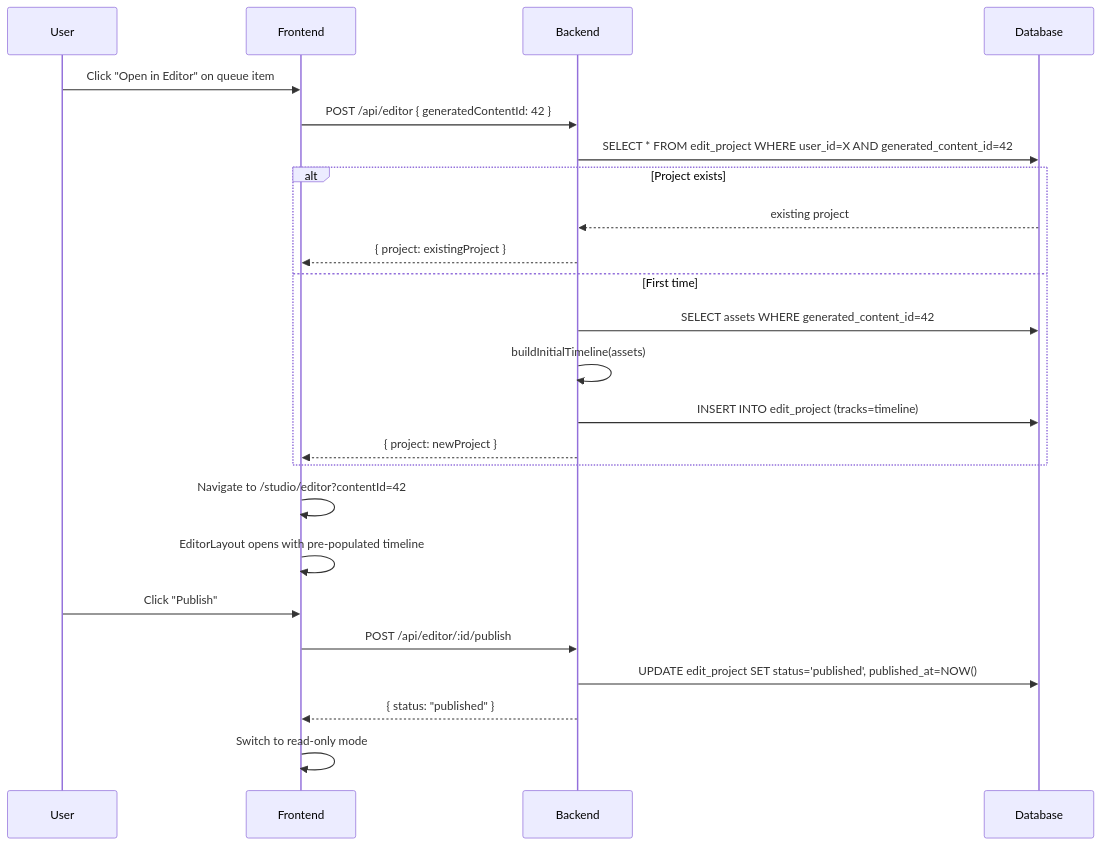
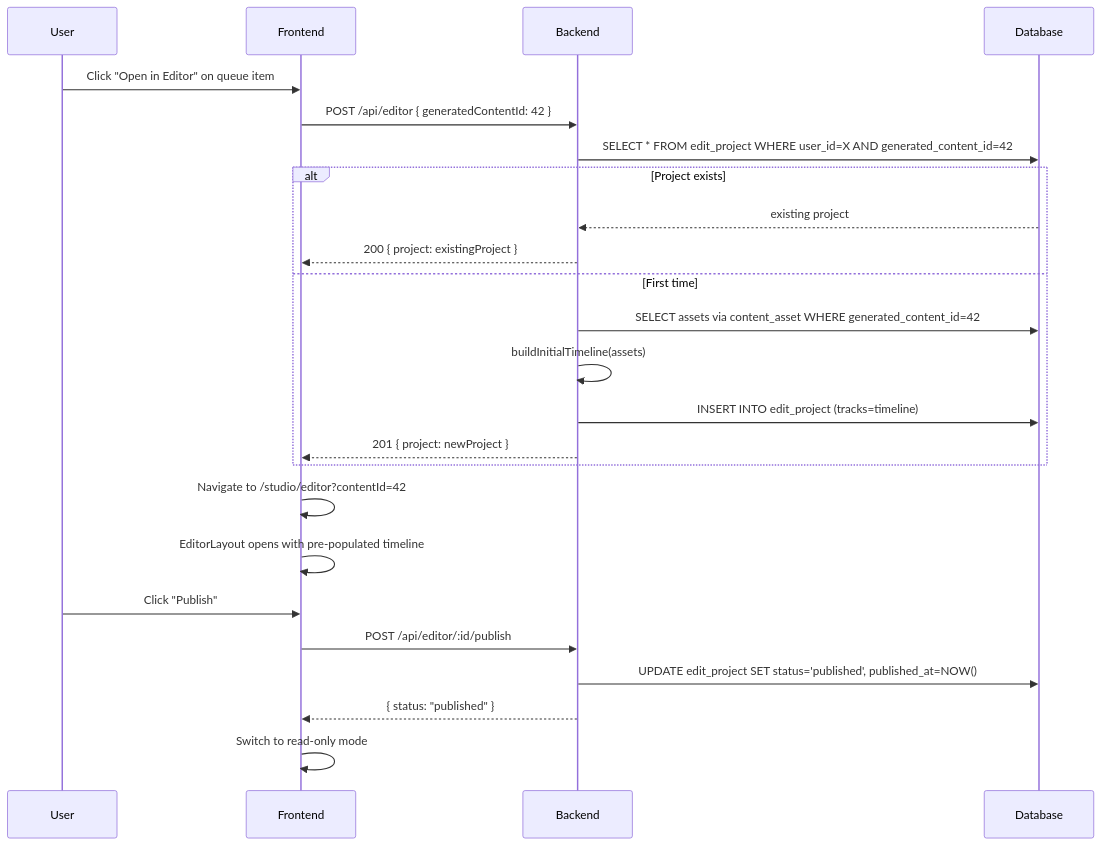
One commit to KennethAtchon/ContentAI changed the second of 2 diagrams in docs/editor-studio/architecture/04-project-model-hld-lld.md. Above: the diagram before and after it, drawn with Mermaid. The commit also changed other lines of this file and 26 other files, not shown here.

First line of the commit message:
feat: Enhance Docker scripts and database schema for improved project management and infrastructure setup

````diff
--- a/docs/editor-studio/architecture/04-project-model-hld-lld.md
+++ b/docs/editor-studio/architecture/04-project-model-hld-lld.md
@@ -45,28 +45,28 @@
 ```mermaid
 sequenceDiagram
     participant U as User
     participant FE as Frontend
     participant BE as Backend
     participant DB as Database
 
     U->>FE: Click "Open in Editor" on queue item
     FE->>BE: POST /api/editor { generatedContentId: 42 }
     BE->>DB: SELECT * FROM edit_project WHERE user_id=X AND generated_content_id=42
     alt Project exists
         DB-->>BE: existing project
-        BE-->>FE: { project: existingProject }
+        BE-->>FE: 200 { project: existingProject }
     else First time
-        BE->>DB: SELECT assets WHERE generated_content_id=42
+        BE->>DB: SELECT assets via content_asset WHERE generated_content_id=42
         BE->>BE: buildInitialTimeline(assets)
         BE->>DB: INSERT INTO edit_project (tracks=timeline)
-        BE-->>FE: { project: newProject }
+        BE-->>FE: 201 { project: newProject }
     end
     FE->>FE: Navigate to /studio/editor?contentId=42
     FE->>FE: EditorLayout opens with pre-populated timeline
 
     U->>FE: Click "Publish"
     FE->>BE: POST /api/editor/:id/publish
     BE->>DB: UPDATE edit_project SET status='published', published_at=NOW()
     BE-->>FE: { status: "published" }
     FE->>FE: Switch to read-only mode
 ```
````
